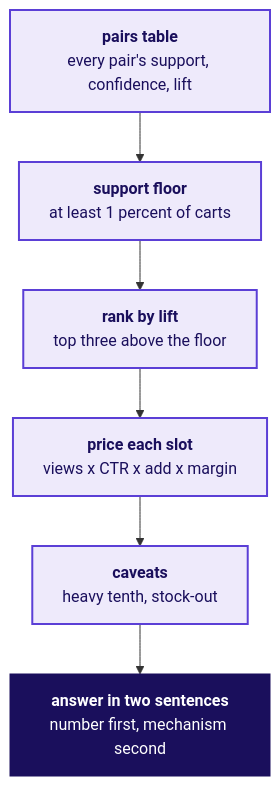
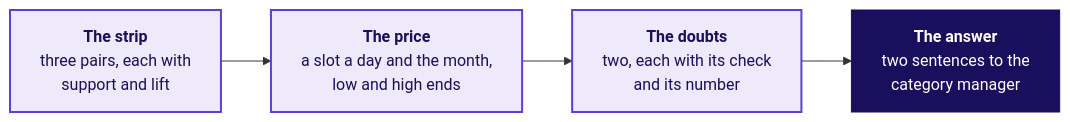
Before and after one commit to fde-academy-lab/c2-content-factory: the first of 3 diagrams in content/W04/D3/slides/C2_W04_D03_half2_STUDENT.md, drawn with Mermaid. The commit also changed other lines of this file and 37 other files, not shown here.

````diff
--- a/content/W04/D3/slides/C2_W04_D03_half2_STUDENT.md
+++ b/content/W04/D3/slides/C2_W04_D03_half2_STUDENT.md
@@ -74,12 +50,10 @@
 ```mermaid
-flowchart TD
-    T["<b>pairs table</b><br/>every pair's support, confidence, lift"] --> F["<b>support floor</b><br/>at least 1 percent of carts"]
-    F --> R["<b>rank by lift</b><br/>top three above the floor"]
-    R --> V["<b>price each slot</b><br/>views x CTR x add x margin"]
-    V --> C["<b>caveats</b><br/>heavy tenth, stock-out"]
-    C --> A["<b>answer in two sentences</b><br/>number first, mechanism second"]
+flowchart LR
+    A["<b>The strip</b><br/>three pairs, each with<br/>support and lift"] --> B["<b>The price</b><br/>a slot a day and the month,<br/>low and high ends"]
+    B --> C["<b>The doubts</b><br/>two, each with its check<br/>and its number"]
+    C --> D["<b>The answer</b><br/>two sentences to the<br/>category manager"]
     classDef known fill:#EEEAFB,stroke:#5B3FD6,color:#1A0F5C,stroke-width:2px
     classDef lit fill:#1A0F5C,stroke:#1A0F5C,color:#FFFFFF
-    class T,F,R,V,C known
-    class A lit
+    class A,B,C known
+    class D lit
 ```
````
